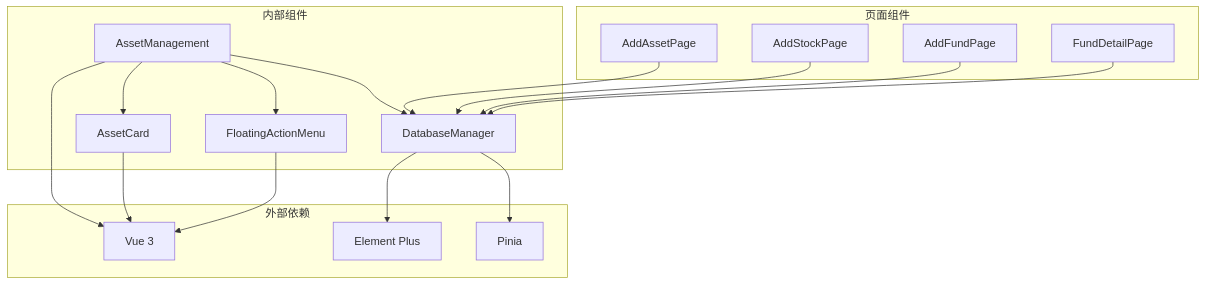
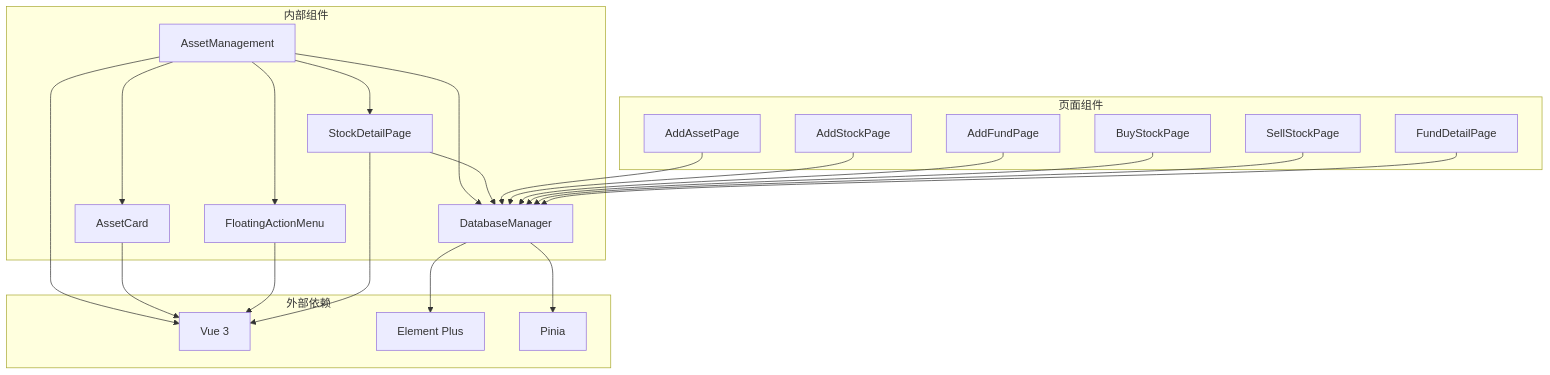
One commit to xiao-lin-unit/yuan changed diagram 11 of 13 in .qoder/repowiki/zh/content/资产管理/资产总览.md. Above: the diagram before and after it, drawn with Mermaid. The commit also changed other lines of this file and 37 other files, not shown here.

````diff
--- a/.qoder/repowiki/zh/content/资产管理/资产总览.md
+++ b/.qoder/repowiki/zh/content/资产管理/资产总览.md
@@ -379,32 +514,40 @@
 ```mermaid
 graph TB
 subgraph "外部依赖"
 VUE[Vue 3]
 ELEMENT[Element Plus]
 PINIA[Pinia]
 end
 subgraph "内部组件"
 AM[AssetManagement]
 AC[AssetCard]
 FAM[FloatingActionMenu]
+SDP[StockDetailPage]
 DB[DatabaseManager]
 end
 subgraph "页面组件"
 AAP[AddAssetPage]
 ASP[AddStockPage]
 AFP[AddFundPage]
 FDP[FundDetailPage]
+BSP[BuyStockPage]
+SSP[SellStockPage]
 end
 AM --> AC
 AM --> FAM
+AM --> SDP
 AM --> DB
+SDP --> DB
 AAP --> DB
 ASP --> DB
 AFP --> DB
+BSP --> DB
+SSP --> DB
 FDP --> DB
 AM --> VUE
 AC --> VUE
 FAM --> VUE
+SDP --> VUE
 DB --> PINIA
 DB --> ELEMENT
 ```
````
